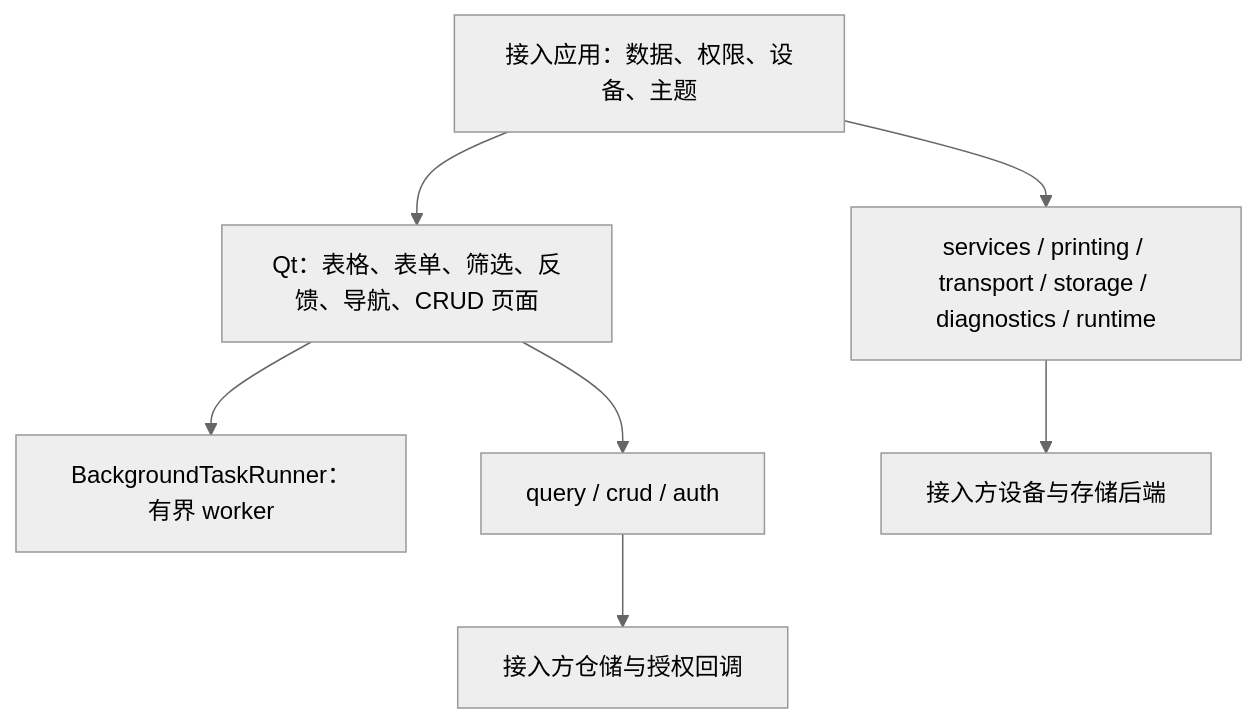
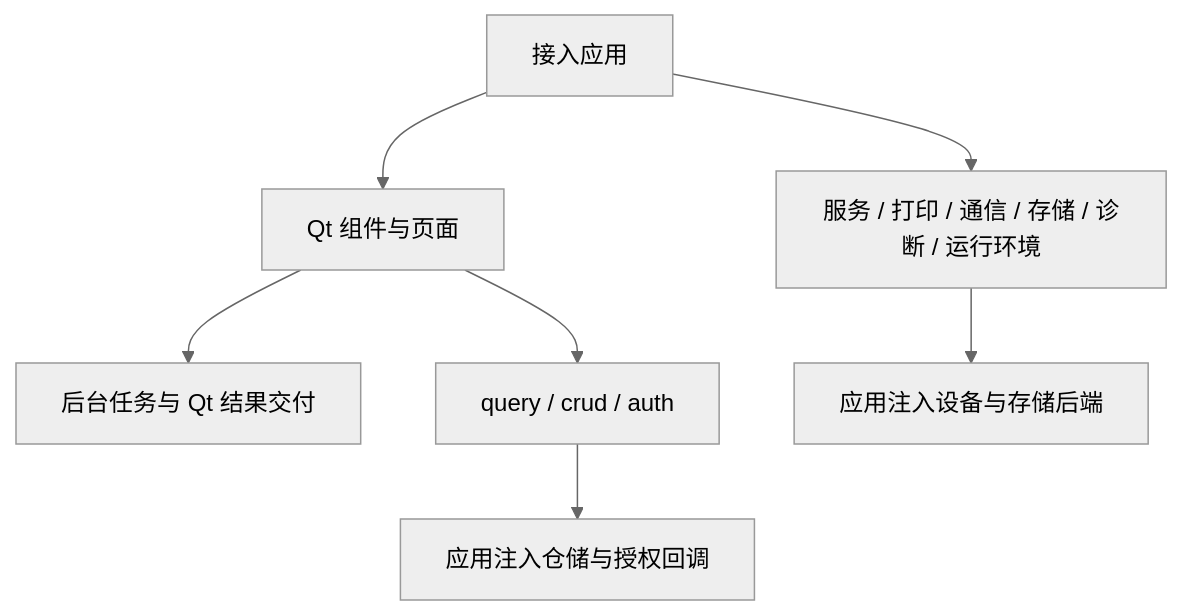
One commit to weisiwu/ac-reusable-capabilities changed the diagram in packages/python/desktop/docs/架构与依赖.md. Above: the diagram before and after it, drawn with Mermaid (neutral theme). The commit also changed other lines of this file and 62 other files, not shown here.

````diff
--- a/packages/python/desktop/docs/架构与依赖.md
+++ b/packages/python/desktop/docs/架构与依赖.md
@@ -17,9 +45,9 @@
 ```mermaid
 flowchart TB
-    Host[接入应用：数据、权限、设备、主题] --> UI[Qt：表格、表单、筛选、反馈、导航、CRUD 页面]
-    UI --> Background[BackgroundTaskRunner：有界 worker]
+    Host[接入应用] --> UI[Qt 组件与页面]
+    UI --> Background[后台任务与 Qt 结果交付]
     UI --> Core[query / crud / auth]
-    Host --> Infra[services / printing / transport / storage / diagnostics / runtime]
-    Core --> Repo[接入方仓储与授权回调]
-    Infra --> Backend[接入方设备与存储后端]
+    Host --> Infra[服务 / 打印 / 通信 / 存储 / 诊断 / 运行环境]
+    Core --> Repo[应用注入仓储与授权回调]
+    Infra --> Backend[应用注入设备与存储后端]
 ```
````
